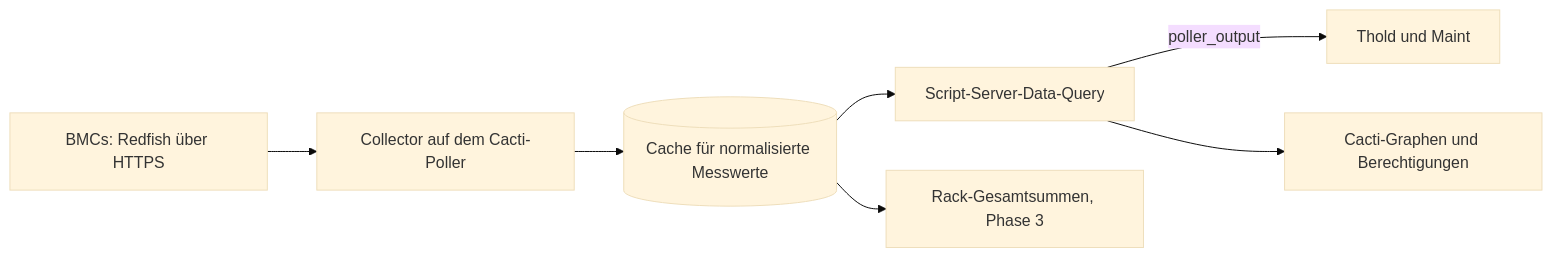
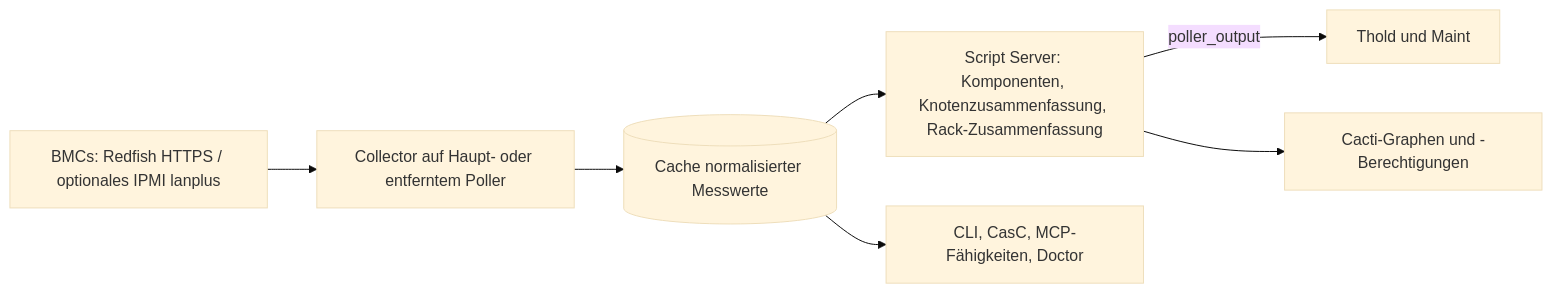
Before and after one commit to somethingwithproof/plugin_redfish: the diagram in docs/i18n/de-DE/README.md, drawn with Mermaid (base theme). The commit also changed other lines of this file and 47 other files, not shown here.

````diff
--- a/docs/i18n/de-DE/README.md
+++ b/docs/i18n/de-DE/README.md
@@ -90,9 +140,9 @@
 ```mermaid
 flowchart LR
-    BMC[BMCs: Redfish über HTTPS] --> C[Collector auf dem Cacti-Poller]
-    C --> CACHE[(Cache für normalisierte Messwerte)]
-    CACHE --> SS[Script-Server-Data-Query]
-    SS -->|poller_output| T[Thold und Maint]
-    SS --> G[Cacti-Graphen und Berechtigungen]
-    CACHE --> R[Rack-Gesamtsummen, Phase 3]
+    BMC["BMCs: Redfish HTTPS / optionales IPMI lanplus"] --> C["Collector auf Haupt- oder entferntem Poller"]
+    C --> CACHE[("Cache normalisierter Messwerte")]
+    CACHE --> SS["Script Server: Komponenten, Knotenzusammenfassung, Rack-Zusammenfassung"]
+    SS -->|poller_output| T["Thold und Maint"]
+    SS --> G["Cacti-Graphen und -Berechtigungen"]
+    CACHE --> ECO["CLI, CasC, MCP-Fähigkeiten, Doctor"]
 ```
````
